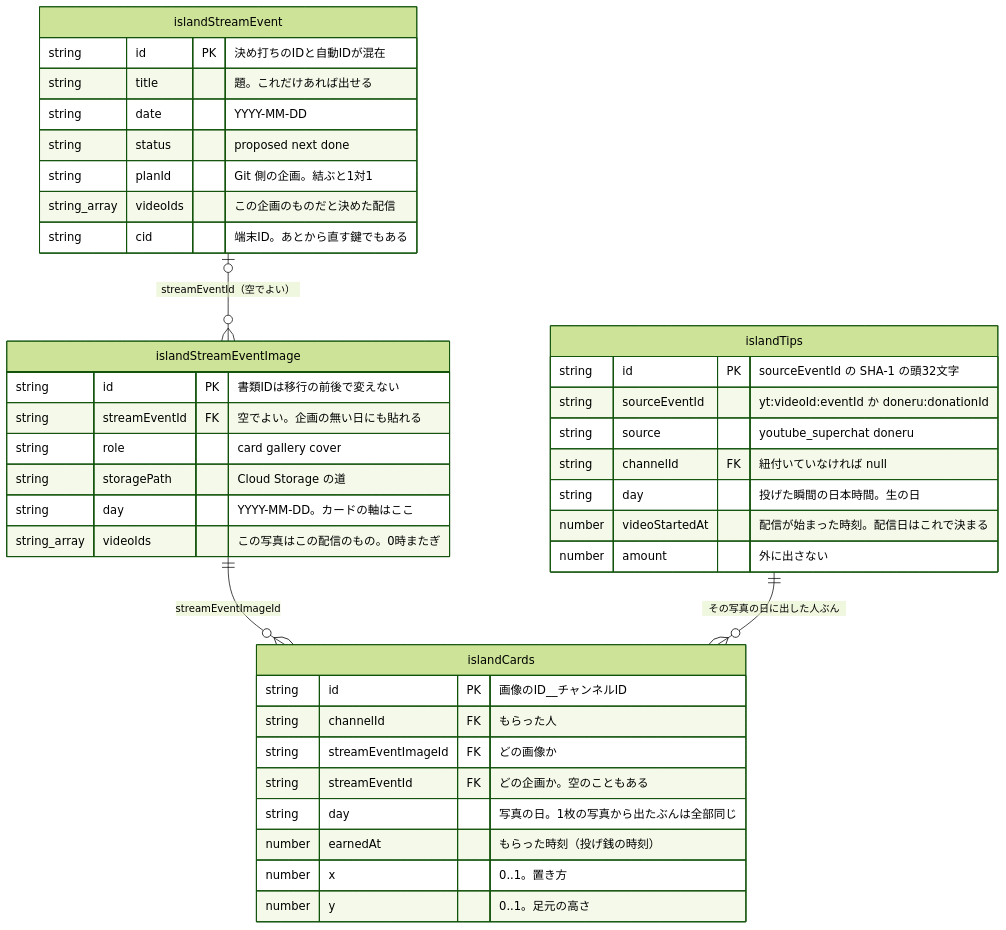
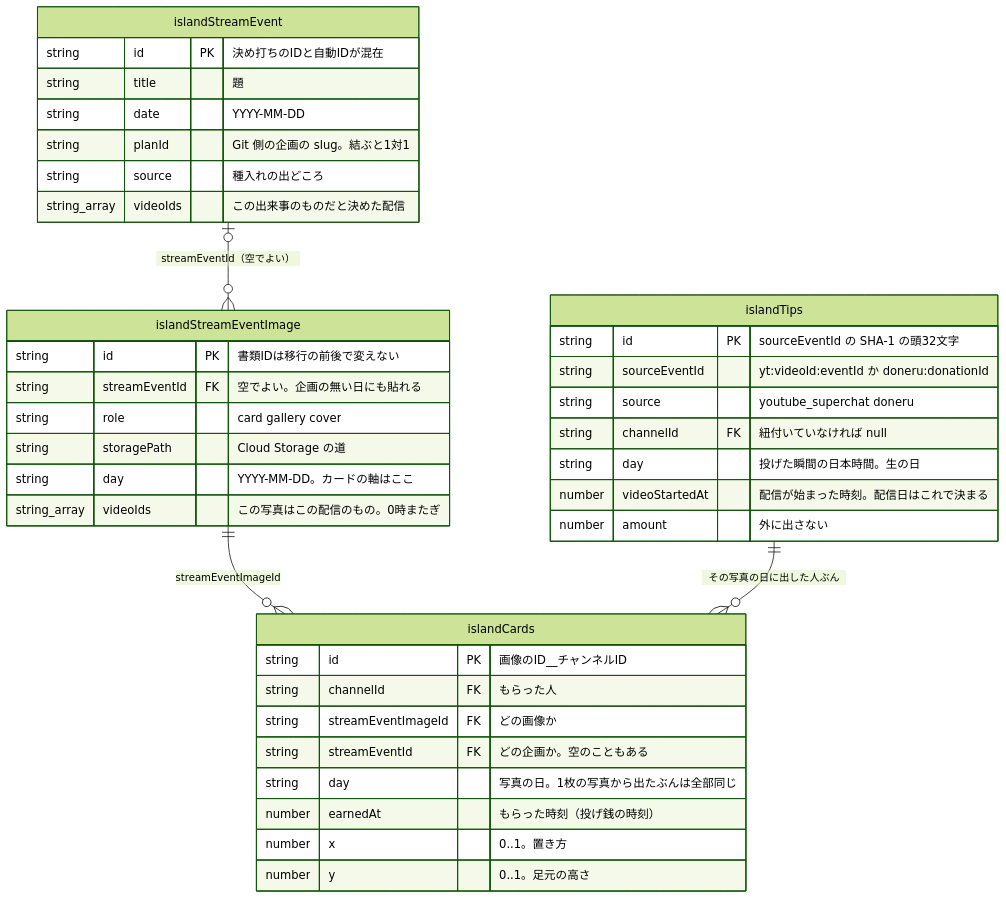
The third of 4 diagrams in docs/island-db.md (Ayato-kosaka/live-streaming), drawn with Mermaid (forest theme) before and after one commit. The commit also changed other lines of this file and 5 other files, not shown here.

````diff
--- a/docs/island-db.md
+++ b/docs/island-db.md
@@ -105,42 +103,41 @@
 ```mermaid
 erDiagram
     islandStreamEvent {
         string id PK "決め打ちのIDと自動IDが混在"
-        string title "題。これだけあれば出せる"
+        string title "題"
         string date "YYYY-MM-DD"
-        string status "proposed next done"
-        string planId "Git 側の企画。結ぶと1対1"
-        string_array videoIds "この企画のものだと決めた配信"
-        string cid "端末ID。あとから直す鍵でもある"
+        string planId "Git 側の企画の slug。結ぶと1対1"
+        string source "種入れの出どころ"
+        string_array videoIds "この出来事のものだと決めた配信"
     }
     islandStreamEventImage {
         string id PK "書類IDは移行の前後で変えない"
         string streamEventId FK "空でよい。企画の無い日にも貼れる"
         string role "card gallery cover"
         string storagePath "Cloud Storage の道"
         string day "YYYY-MM-DD。カードの軸はここ"
         string_array videoIds "この写真はこの配信のもの。0時またぎ"
     }
     islandCards {
         string id PK "画像のID__チャンネルID"
         string channelId FK "もらった人"
         string streamEventImageId FK "どの画像か"
         string streamEventId FK "どの企画か。空のこともある"
         string day "写真の日。1枚の写真から出たぶんは全部同じ"
         number earnedAt "もらった時刻（投げ銭の時刻）"
         number x "0..1。置き方"
         number y "0..1。足元の高さ"
     }
     islandTips {
         string id PK "sourceEventId の SHA-1 の頭32文字"
         string sourceEventId "yt:videoId:eventId か doneru:donationId"
         string source "youtube_superchat doneru"
         string channelId FK "紐付いていなければ null"
         string day "投げた瞬間の日本時間。生の日"
         number videoStartedAt "配信が始まった時刻。配信日はこれで決まる"
         number amount "外に出さない"
     }
     islandStreamEvent      |o--o{ islandStreamEventImage : "streamEventId（空でよい）"
     islandStreamEventImage ||--o{ islandCards            : "streamEventImageId"
     islandTips             ||--o{ islandCards            : "その写真の日に出した人ぶん"
 ```
````
